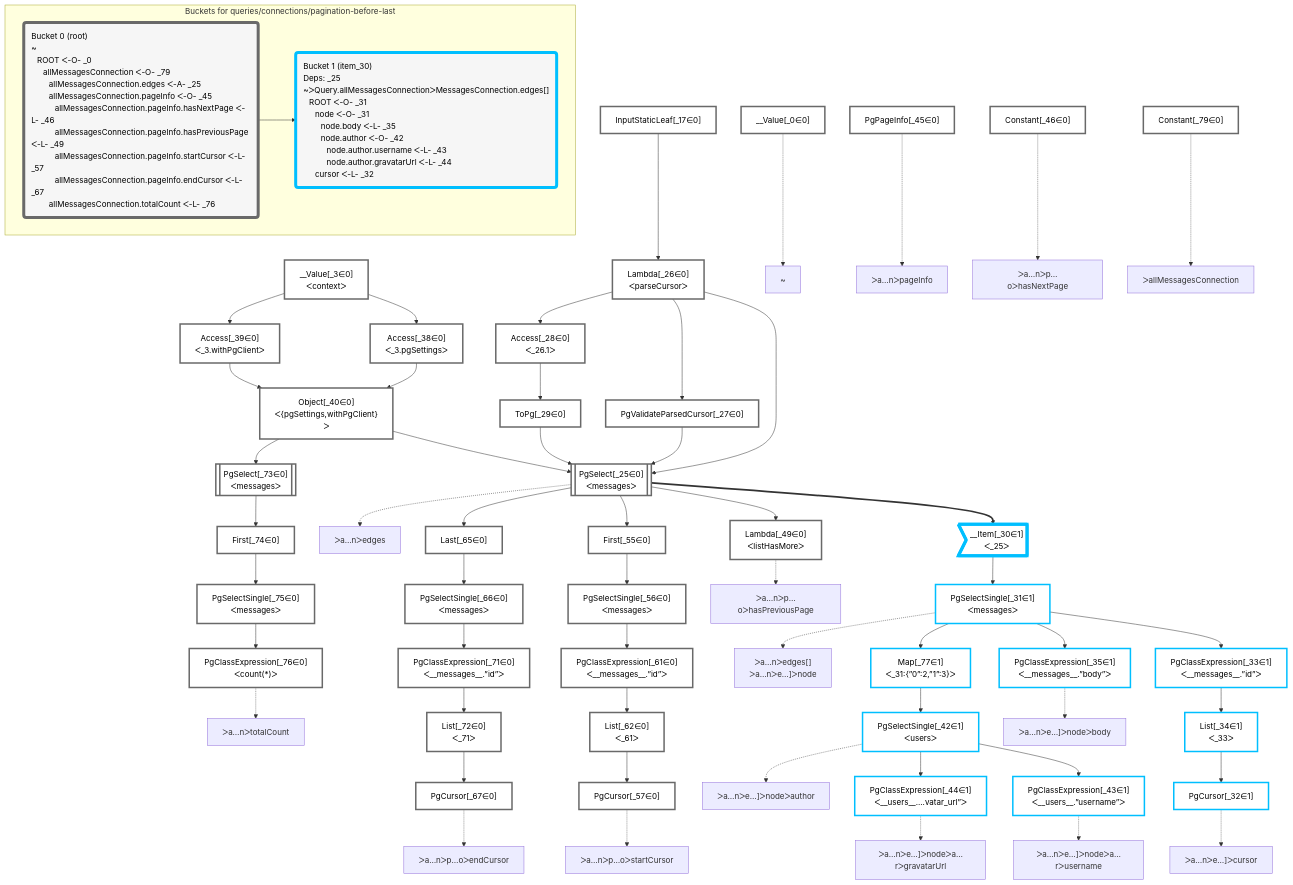
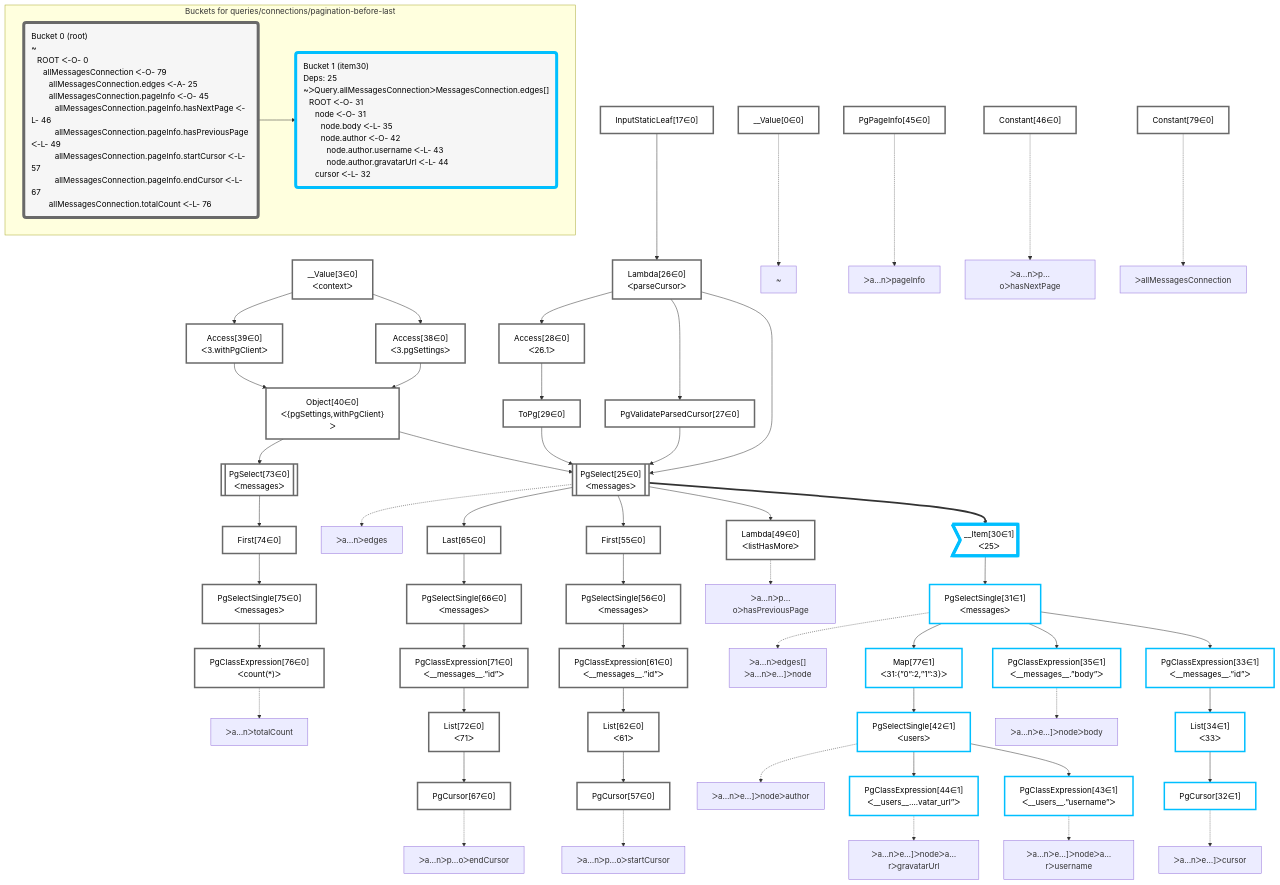
Before and after one commit to graphile/crystal: the diagram in packages/dataplan-pg/__tests__/queries/connections/pagination-before-last.mermaid.md, drawn with Mermaid. The commit also changed 195 other files, not shown here.

````diff
--- a/packages/dataplan-pg/__tests__/queries/connections/pagination-before-last.mermaid.md
+++ b/packages/dataplan-pg/__tests__/queries/connections/pagination-before-last.mermaid.md
@@ -8,120 +8,120 @@
 
 
     %% define plans
-    __Value_0["__Value[_0∈0]"]:::plan
-    PgCursor_32["PgCursor[_32∈1]"]:::plan
-    List_34["List[_34∈1]<br />ᐸ_33ᐳ"]:::plan
-    PgClassExpression_33["PgClassExpression[_33∈1]<br />ᐸ__messages__.”id”ᐳ"]:::plan
-    PgClassExpression_35["PgClassExpression[_35∈1]<br />ᐸ__messages__.”body”ᐳ"]:::plan
-    PgClassExpression_43["PgClassExpression[_43∈1]<br />ᐸ__users__.”username”ᐳ"]:::plan
-    PgClassExpression_44["PgClassExpression[_44∈1]<br />ᐸ__users__....vatar_url”ᐳ"]:::plan
-    PgSelectSingle_42["PgSelectSingle[_42∈1]<br />ᐸusersᐳ"]:::plan
-    Map_77["Map[_77∈1]<br />ᐸ_31:{”0”:2,”1”:3}ᐳ"]:::plan
-    PgSelectSingle_31["PgSelectSingle[_31∈1]<br />ᐸmessagesᐳ"]:::plan
-    __Item_30>"__Item[_30∈1]<br />ᐸ_25ᐳ"]:::itemplan
-    Lambda_49["Lambda[_49∈0]<br />ᐸlistHasMoreᐳ"]:::plan
-    PgCursor_57["PgCursor[_57∈0]"]:::plan
-    List_62["List[_62∈0]<br />ᐸ_61ᐳ"]:::plan
-    PgClassExpression_61["PgClassExpression[_61∈0]<br />ᐸ__messages__.”id”ᐳ"]:::plan
-    PgSelectSingle_56["PgSelectSingle[_56∈0]<br />ᐸmessagesᐳ"]:::plan
-    First_55["First[_55∈0]"]:::plan
-    PgCursor_67["PgCursor[_67∈0]"]:::plan
-    List_72["List[_72∈0]<br />ᐸ_71ᐳ"]:::plan
-    PgClassExpression_71["PgClassExpression[_71∈0]<br />ᐸ__messages__.”id”ᐳ"]:::plan
-    PgSelectSingle_66["PgSelectSingle[_66∈0]<br />ᐸmessagesᐳ"]:::plan
-    Last_65["Last[_65∈0]"]:::plan
-    PgSelect_25[["PgSelect[_25∈0]<br />ᐸmessagesᐳ"]]:::plan
-    PgClassExpression_76["PgClassExpression[_76∈0]<br />ᐸcount(*)ᐳ"]:::plan
-    PgSelectSingle_75["PgSelectSingle[_75∈0]<br />ᐸmessagesᐳ"]:::plan
-    First_74["First[_74∈0]"]:::plan
-    PgSelect_73[["PgSelect[_73∈0]<br />ᐸmessagesᐳ"]]:::plan
-    Object_40["Object[_40∈0]<br />ᐸ{pgSettings,withPgClient}ᐳ"]:::plan
-    Access_38["Access[_38∈0]<br />ᐸ_3.pgSettingsᐳ"]:::plan
-    Access_39["Access[_39∈0]<br />ᐸ_3.withPgClientᐳ"]:::plan
-    __Value_3["__Value[_3∈0]<br />ᐸcontextᐳ"]:::plan
-    PgValidateParsedCursor_27["PgValidateParsedCursor[_27∈0]"]:::plan
-    ToPg_29["ToPg[_29∈0]"]:::plan
-    Access_28["Access[_28∈0]<br />ᐸ_26.1ᐳ"]:::plan
-    Lambda_26["Lambda[_26∈0]<br />ᐸparseCursorᐳ"]:::plan
-    InputStaticLeaf_17["InputStaticLeaf[_17∈0]"]:::plan
-    Constant_79["Constant[_79∈0]"]:::plan
-    PgPageInfo_45["PgPageInfo[_45∈0]"]:::plan
-    Constant_46["Constant[_46∈0]"]:::plan
+    __Value0["__Value[0∈0]"]:::plan
+    PgCursor32["PgCursor[32∈1]"]:::plan
+    List34["List[34∈1]<br />ᐸ33ᐳ"]:::plan
+    PgClassExpression33["PgClassExpression[33∈1]<br />ᐸ__messages__.”id”ᐳ"]:::plan
+    PgClassExpression35["PgClassExpression[35∈1]<br />ᐸ__messages__.”body”ᐳ"]:::plan
+    PgClassExpression43["PgClassExpression[43∈1]<br />ᐸ__users__.”username”ᐳ"]:::plan
+    PgClassExpression44["PgClassExpression[44∈1]<br />ᐸ__users__....vatar_url”ᐳ"]:::plan
+    PgSelectSingle42["PgSelectSingle[42∈1]<br />ᐸusersᐳ"]:::plan
+    Map77["Map[77∈1]<br />ᐸ31:{”0”:2,”1”:3}ᐳ"]:::plan
+    PgSelectSingle31["PgSelectSingle[31∈1]<br />ᐸmessagesᐳ"]:::plan
+    __Item30>"__Item[30∈1]<br />ᐸ25ᐳ"]:::itemplan
+    Lambda49["Lambda[49∈0]<br />ᐸlistHasMoreᐳ"]:::plan
+    PgCursor57["PgCursor[57∈0]"]:::plan
+    List62["List[62∈0]<br />ᐸ61ᐳ"]:::plan
+    PgClassExpression61["PgClassExpression[61∈0]<br />ᐸ__messages__.”id”ᐳ"]:::plan
+    PgSelectSingle56["PgSelectSingle[56∈0]<br />ᐸmessagesᐳ"]:::plan
+    First55["First[55∈0]"]:::plan
+    PgCursor67["PgCursor[67∈0]"]:::plan
+    List72["List[72∈0]<br />ᐸ71ᐳ"]:::plan
+    PgClassExpression71["PgClassExpression[71∈0]<br />ᐸ__messages__.”id”ᐳ"]:::plan
+    PgSelectSingle66["PgSelectSingle[66∈0]<br />ᐸmessagesᐳ"]:::plan
+    Last65["Last[65∈0]"]:::plan
+    PgSelect25[["PgSelect[25∈0]<br />ᐸmessagesᐳ"]]:::plan
+    PgClassExpression76["PgClassExpression[76∈0]<br />ᐸcount(*)ᐳ"]:::plan
+    PgSelectSingle75["PgSelectSingle[75∈0]<br />ᐸmessagesᐳ"]:::plan
+    First74["First[74∈0]"]:::plan
+    PgSelect73[["PgSelect[73∈0]<br />ᐸmessagesᐳ"]]:::plan
+    Object40["Object[40∈0]<br />ᐸ{pgSettings,withPgClient}ᐳ"]:::plan
+    Access38["Access[38∈0]<br />ᐸ3.pgSettingsᐳ"]:::plan
+    Access39["Access[39∈0]<br />ᐸ3.withPgClientᐳ"]:::plan
+    __Value3["__Value[3∈0]<br />ᐸcontextᐳ"]:::plan
+    PgValidateParsedCursor27["PgValidateParsedCursor[27∈0]"]:::plan
+    ToPg29["ToPg[29∈0]"]:::plan
+    Access28["Access[28∈0]<br />ᐸ26.1ᐳ"]:::plan
+    Lambda26["Lambda[26∈0]<br />ᐸparseCursorᐳ"]:::plan
+    InputStaticLeaf17["InputStaticLeaf[17∈0]"]:::plan
+    Constant79["Constant[79∈0]"]:::plan
+    PgPageInfo45["PgPageInfo[45∈0]"]:::plan
+    Constant46["Constant[46∈0]"]:::plan
 
     %% plan dependencies
-    List_34 --> PgCursor_32
-    PgClassExpression_33 --> List_34
-    PgSelectSingle_31 --> PgClassExpression_33
-    PgSelectSingle_31 --> PgClassExpression_35
-    PgSelectSingle_42 --> PgClassExpression_43
-    PgSelectSingle_42 --> PgClassExpression_44
-    Map_77 --> PgSelectSingle_42
-    PgSelectSingle_31 --> Map_77
-    __Item_30 --> PgSelectSingle_31
-    PgSelect_25 ==> __Item_30
-    PgSelect_25 --> Lambda_49
-    List_62 --> PgCursor_57
-    PgClassExpression_61 --> List_62
-    PgSelectSingle_56 --> PgClassExpression_61
-    First_55 --> PgSelectSingle_56
-    PgSelect_25 --> First_55
-    List_72 --> PgCursor_67
-    PgClassExpression_71 --> List_72
-    PgSelectSingle_66 --> PgClassExpression_71
-    Last_65 --> PgSelectSingle_66
-    PgSelect_25 --> Last_65
-    Object_40 & Lambda_26 & PgValidateParsedCursor_27 & ToPg_29 --> PgSelect_25
-    PgSelectSingle_75 --> PgClassExpression_76
-    First_74 --> PgSelectSingle_75
-    PgSelect_73 --> First_74
-    Object_40 --> PgSelect_73
-    Access_38 & Access_39 --> Object_40
-    __Value_3 --> Access_38
-    __Value_3 --> Access_39
-    Lambda_26 --> PgValidateParsedCursor_27
-    Access_28 --> ToPg_29
-    Lambda_26 --> Access_28
-    InputStaticLeaf_17 --> Lambda_26
+    List34 --> PgCursor32
+    PgClassExpression33 --> List34
+    PgSelectSingle31 --> PgClassExpression33
+    PgSelectSingle31 --> PgClassExpression35
+    PgSelectSingle42 --> PgClassExpression43
+    PgSelectSingle42 --> PgClassExpression44
+    Map77 --> PgSelectSingle42
+    PgSelectSingle31 --> Map77
+    __Item30 --> PgSelectSingle31
+    PgSelect25 ==> __Item30
+    PgSelect25 --> Lambda49
+    List62 --> PgCursor57
+    PgClassExpression61 --> List62
+    PgSelectSingle56 --> PgClassExpression61
+    First55 --> PgSelectSingle56
+    PgSelect25 --> First55
+    List72 --> PgCursor67
+    PgClassExpression71 --> List72
+    PgSelectSingle66 --> PgClassExpression71
+    Last65 --> PgSelectSingle66
+    PgSelect25 --> Last65
+    Object40 & Lambda26 & PgValidateParsedCursor27 & ToPg29 --> PgSelect25
+    PgSelectSingle75 --> PgClassExpression76
+    First74 --> PgSelectSingle75
+    PgSelect73 --> First74
+    Object40 --> PgSelect73
+    Access38 & Access39 --> Object40
+    __Value3 --> Access38
+    __Value3 --> Access39
+    Lambda26 --> PgValidateParsedCursor27
+    Access28 --> ToPg29
+    Lambda26 --> Access28
+    InputStaticLeaf17 --> Lambda26
 
     %% plan-to-path relationships
-    P_0["~"]
-    __Value_0 -.-> P_0
-    P_25["ᐳa…nᐳedges"]
-    PgSelect_25 -.-> P_25
-    P_31["ᐳa…nᐳedges[]<br />ᐳa…nᐳe…]ᐳnode"]
-    PgSelectSingle_31 -.-> P_31
-    P_32["ᐳa…nᐳe…]ᐳcursor"]
-    PgCursor_32 -.-> P_32
-    P_35["ᐳa…nᐳe…]ᐳnodeᐳbody"]
-    PgClassExpression_35 -.-> P_35
-    P_42["ᐳa…nᐳe…]ᐳnodeᐳauthor"]
-    PgSelectSingle_42 -.-> P_42
-    P_43["ᐳa…nᐳe…]ᐳnodeᐳa…rᐳusername"]
-    PgClassExpression_43 -.-> P_43
-    P_44["ᐳa…nᐳe…]ᐳnodeᐳa…rᐳgravatarUrl"]
-    PgClassExpression_44 -.-> P_44
-    P_45["ᐳa…nᐳpageInfo"]
-    PgPageInfo_45 -.-> P_45
-    P_46["ᐳa…nᐳp…oᐳhasNextPage"]
-    Constant_46 -.-> P_46
-    P_49["ᐳa…nᐳp…oᐳhasPreviousPage"]
-    Lambda_49 -.-> P_49
-    P_57["ᐳa…nᐳp…oᐳstartCursor"]
-    PgCursor_57 -.-> P_57
-    P_67["ᐳa…nᐳp…oᐳendCursor"]
-    PgCursor_67 -.-> P_67
-    P_76["ᐳa…nᐳtotalCount"]
-    PgClassExpression_76 -.-> P_76
-    P_79["ᐳallMessagesConnection"]
-    Constant_79 -.-> P_79
+    P0["~"]
+    __Value0 -.-> P0
+    P25["ᐳa…nᐳedges"]
+    PgSelect25 -.-> P25
+    P31["ᐳa…nᐳedges[]<br />ᐳa…nᐳe…]ᐳnode"]
+    PgSelectSingle31 -.-> P31
+    P32["ᐳa…nᐳe…]ᐳcursor"]
+    PgCursor32 -.-> P32
+    P35["ᐳa…nᐳe…]ᐳnodeᐳbody"]
+    PgClassExpression35 -.-> P35
+    P42["ᐳa…nᐳe…]ᐳnodeᐳauthor"]
+    PgSelectSingle42 -.-> P42
+    P43["ᐳa…nᐳe…]ᐳnodeᐳa…rᐳusername"]
+    PgClassExpression43 -.-> P43
+    P44["ᐳa…nᐳe…]ᐳnodeᐳa…rᐳgravatarUrl"]
+    PgClassExpression44 -.-> P44
+    P45["ᐳa…nᐳpageInfo"]
+    PgPageInfo45 -.-> P45
+    P46["ᐳa…nᐳp…oᐳhasNextPage"]
+    Constant46 -.-> P46
+    P49["ᐳa…nᐳp…oᐳhasPreviousPage"]
+    Lambda49 -.-> P49
+    P57["ᐳa…nᐳp…oᐳstartCursor"]
+    PgCursor57 -.-> P57
+    P67["ᐳa…nᐳp…oᐳendCursor"]
+    PgCursor67 -.-> P67
+    P76["ᐳa…nᐳtotalCount"]
+    PgClassExpression76 -.-> P76
+    P79["ᐳallMessagesConnection"]
+    Constant79 -.-> P79
 
     subgraph "Buckets for queries/connections/pagination-before-last"
-    Bucket0("Bucket 0 (root)<br />~<br />⠀ROOT ᐸ-O- _0<br />⠀⠀allMessagesConnection ᐸ-O- _79<br />⠀⠀⠀allMessagesConnection.edges ᐸ-A- _25<br />⠀⠀⠀allMessagesConnection.pageInfo ᐸ-O- _45<br />⠀⠀⠀⠀allMessagesConnection.pageInfo.hasNextPage ᐸ-L- _46<br />⠀⠀⠀⠀allMessagesConnection.pageInfo.hasPreviousPage ᐸ-L- _49<br />⠀⠀⠀⠀allMessagesConnection.pageInfo.startCursor ᐸ-L- _57<br />⠀⠀⠀⠀allMessagesConnection.pageInfo.endCursor ᐸ-L- _67<br />⠀⠀⠀allMessagesConnection.totalCount ᐸ-L- _76"):::bucket
+    Bucket0("Bucket 0 (root)<br />~<br />⠀ROOT ᐸ-O- 0<br />⠀⠀allMessagesConnection ᐸ-O- 79<br />⠀⠀⠀allMessagesConnection.edges ᐸ-A- 25<br />⠀⠀⠀allMessagesConnection.pageInfo ᐸ-O- 45<br />⠀⠀⠀⠀allMessagesConnection.pageInfo.hasNextPage ᐸ-L- 46<br />⠀⠀⠀⠀allMessagesConnection.pageInfo.hasPreviousPage ᐸ-L- 49<br />⠀⠀⠀⠀allMessagesConnection.pageInfo.startCursor ᐸ-L- 57<br />⠀⠀⠀⠀allMessagesConnection.pageInfo.endCursor ᐸ-L- 67<br />⠀⠀⠀allMessagesConnection.totalCount ᐸ-L- 76"):::bucket
     classDef bucket0 stroke:#696969
-    class Bucket0,__Value_0,__Value_3,InputStaticLeaf_17,PgSelect_25,Lambda_26,PgValidateParsedCursor_27,Access_28,ToPg_29,Access_38,Access_39,Object_40,PgPageInfo_45,Constant_46,Lambda_49,First_55,PgSelectSingle_56,PgCursor_57,PgClassExpression_61,List_62,Last_65,PgSelectSingle_66,PgCursor_67,PgClassExpression_71,List_72,PgSelect_73,First_74,PgSelectSingle_75,PgClassExpression_76,Constant_79 bucket0
-    Bucket1("Bucket 1 (item_30)<br />Deps: _25<br />~ᐳQuery.allMessagesConnectionᐳMessagesConnection.edges[]<br />⠀ROOT ᐸ-O- _31<br />⠀⠀node ᐸ-O- _31<br />⠀⠀⠀node.body ᐸ-L- _35<br />⠀⠀⠀node.author ᐸ-O- _42<br />⠀⠀⠀⠀node.author.username ᐸ-L- _43<br />⠀⠀⠀⠀node.author.gravatarUrl ᐸ-L- _44<br />⠀⠀cursor ᐸ-L- _32"):::bucket
+    class Bucket0,__Value0,__Value3,InputStaticLeaf17,PgSelect25,Lambda26,PgValidateParsedCursor27,Access28,ToPg29,Access38,Access39,Object40,PgPageInfo45,Constant46,Lambda49,First55,PgSelectSingle56,PgCursor57,PgClassExpression61,List62,Last65,PgSelectSingle66,PgCursor67,PgClassExpression71,List72,PgSelect73,First74,PgSelectSingle75,PgClassExpression76,Constant79 bucket0
+    Bucket1("Bucket 1 (item30)<br />Deps: 25<br />~ᐳQuery.allMessagesConnectionᐳMessagesConnection.edges[]<br />⠀ROOT ᐸ-O- 31<br />⠀⠀node ᐸ-O- 31<br />⠀⠀⠀node.body ᐸ-L- 35<br />⠀⠀⠀node.author ᐸ-O- 42<br />⠀⠀⠀⠀node.author.username ᐸ-L- 43<br />⠀⠀⠀⠀node.author.gravatarUrl ᐸ-L- 44<br />⠀⠀cursor ᐸ-L- 32"):::bucket
     classDef bucket1 stroke:#00bfff
-    class Bucket1,__Item_30,PgSelectSingle_31,PgCursor_32,PgClassExpression_33,List_34,PgClassExpression_35,PgSelectSingle_42,PgClassExpression_43,PgClassExpression_44,Map_77 bucket1
+    class Bucket1,__Item30,PgSelectSingle31,PgCursor32,PgClassExpression33,List34,PgClassExpression35,PgSelectSingle42,PgClassExpression43,PgClassExpression44,Map77 bucket1
     Bucket0 --> Bucket1
     end
 ```
````
